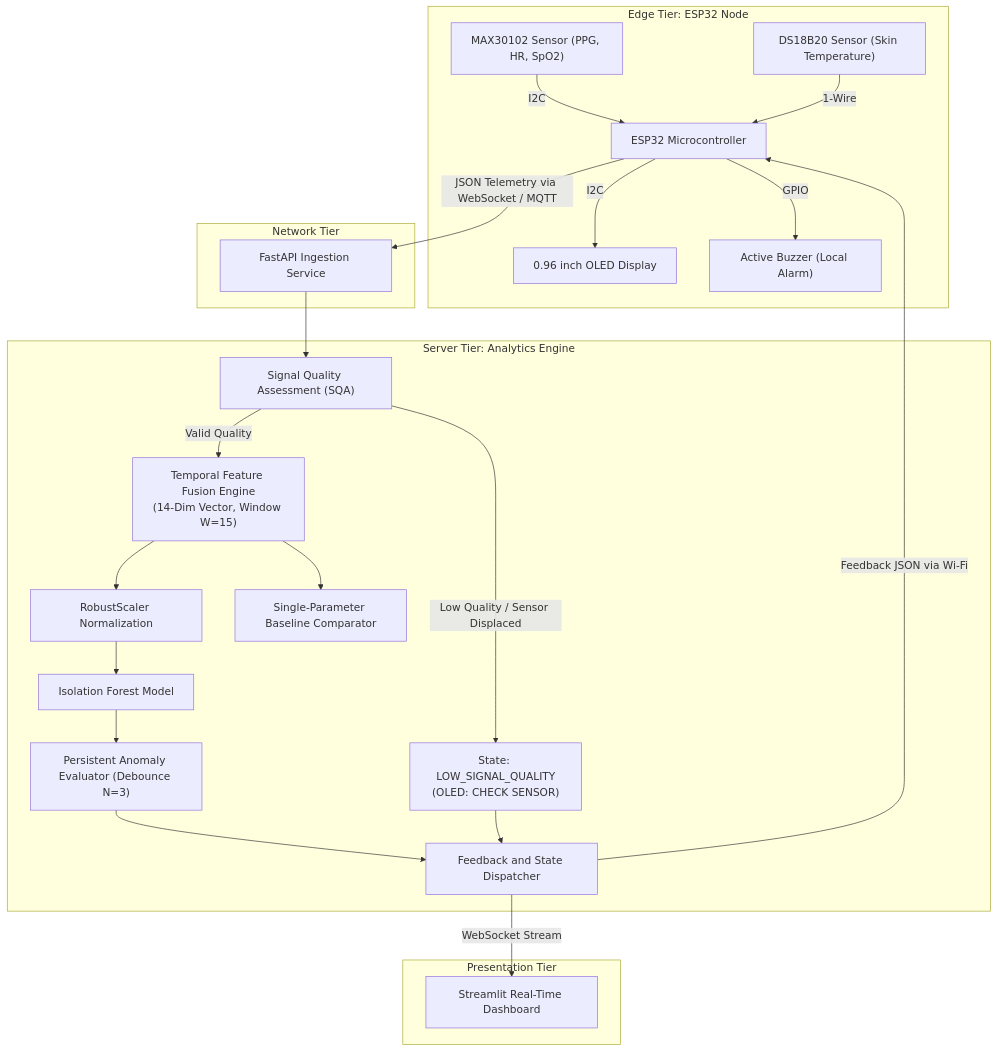
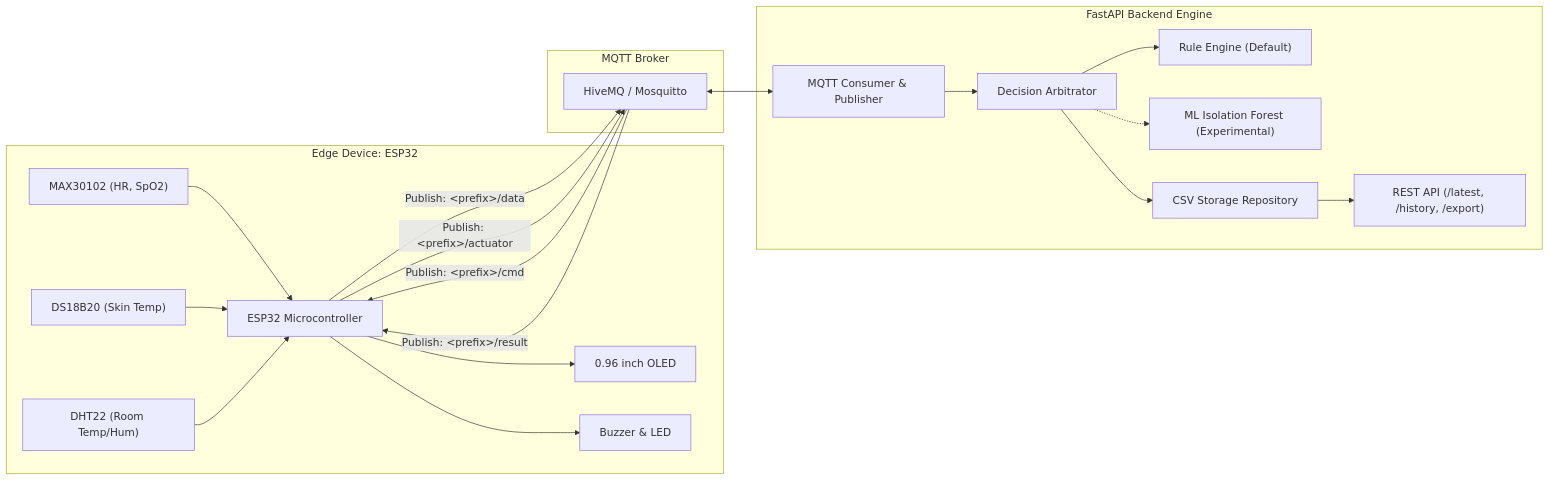
One commit to Rnvz/IoT-based-Physiological-Parameter-Monitoring-and-Anomaly-Detection changed the diagram in README.md. Above: the diagram before and after it, drawn with Mermaid. The commit also changed other lines of this file, not shown here.

Commit message:
docs: rewrite README for current architecture, rule default, and limitations

````diff
--- a/README.md
+++ b/README.md
@@ -45,34 +17,26 @@
 ```mermaid
-flowchart TD
-    subgraph Edge ["Edge Tier: ESP32 Node"]
-        S1["MAX30102 Sensor (PPG, HR, SpO2)"] -->|I2C| MCU["ESP32 Microcontroller"]
-        S2["DS18B20 Sensor (Skin Temperature)"] -->|1-Wire| MCU
-        
-        MCU -->|I2C| OLED["0.96 inch OLED Display"]
-        MCU -->|GPIO| BUZ["Active Buzzer (Local Alarm)"]
+flowchart LR
+    subgraph Edge ["Edge Device: ESP32"]
+        MAX["MAX30102 (HR, SpO2)"] --> MCU["ESP32 Microcontroller"]
+        DS["DS18B20 (Skin Temp)"] --> MCU
+        DHT["DHT22 (Room Temp/Hum)"] --> MCU
+        MCU --> OLED["0.96 inch OLED"]
+        MCU --> BUZ["Buzzer & LED"]
     end
 
-    subgraph Network ["Network Tier"]
-        MCU -->|JSON Telemetry via WebSocket / MQTT| SRV["FastAPI Ingestion Service"]
+    subgraph Broker ["MQTT Broker"]
+        MCU -->|Publish: &lt;prefix&gt;/data| BKR["HiveMQ / Mosquitto"]
+        BKR -->|Publish: &lt;prefix&gt;/cmd| MCU
+        MCU -->|Publish: &lt;prefix&gt;/actuator| BKR
+        BKR -->|Publish: &lt;prefix&gt;/result| MCU
     end
 
-    subgraph Backend ["Server Tier: Analytics Engine"]
-        SRV --> SQA["Signal Quality Assessment (SQA)"]
-        
-        SQA -->|Low Quality / Sensor Displaced| STATE_SQA["State: LOW_SIGNAL_QUALITY\n(OLED: CHECK SENSOR)"]
-        SQA -->|Valid Quality| FEAT["Temporal Feature Fusion Engine\n(14-Dim Vector, Window W=15)"]
-        
-        FEAT --> SCALER["RobustScaler Normalization"]
-        SCALER --> IF["Isolation Forest Model"]
-        FEAT --> BASE["Single-Parameter Baseline Comparator"]
-        
-        IF --> DEBOUNCE["Persistent Anomaly Evaluator (Debounce N=3)"]
-        DEBOUNCE --> DISPATCH["Feedback and State Dispatcher"]
-        STATE_SQA --> DISPATCH
-    end
-
-    subgraph Presentation ["Presentation Tier"]
-        DISPATCH -->|Feedback JSON via Wi-Fi| MCU
-        DISPATCH -->|WebSocket Stream| DASH["Streamlit Real-Time Dashboard"]
+    subgraph Server ["FastAPI Backend Engine"]
+        BKR <--> MQC["MQTT Consumer & Publisher"]
+        MQC --> ARB["Decision Arbitrator"]
+        ARB --> RE["Rule Engine (Default)"]
+        ARB -.-> ML["ML Isolation Forest (Experimental)"]
+        ARB --> CSV["CSV Storage Repository"]
+        CSV --> REST["REST API (/latest, /history, /export)"]
     end
 ```
````
